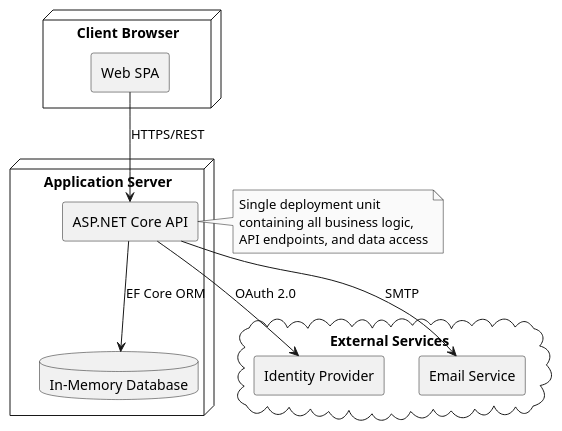
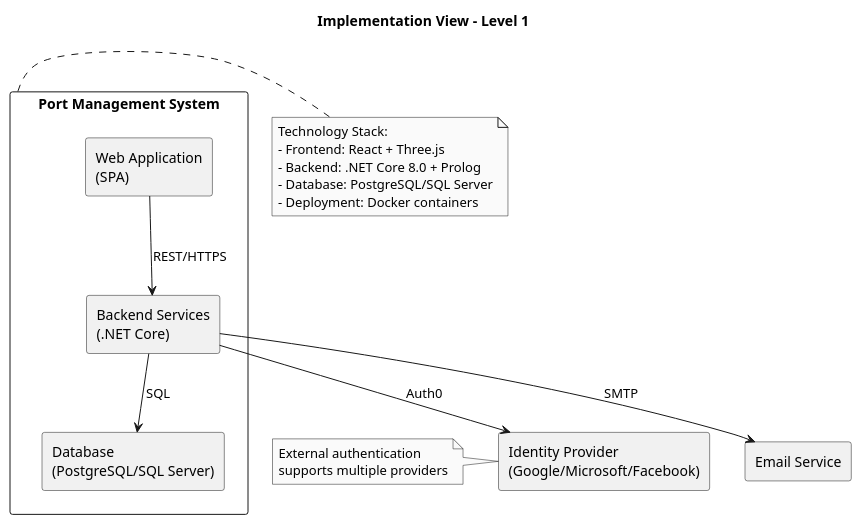
One commit to adampawelka/PortManagement changed the diagram in docs/implementation01.puml. Above: the diagram before and after it, drawn with PlantUML. The commit also changed 18 other files, not shown here.

Commit message:
Updated Level 1 and 2 Diagrams

```diff
--- a/docs/implementation01.puml
+++ b/docs/implementation01.puml
@@ -1,30 +1,37 @@
-@startuml
+@startuml implementation01
 skinparam componentStyle rectangle
 skinparam monochrome true
 
-node "Client Browser" {
-    [Web SPA] as SPA
+title Implementation View - Level 1
+
+
+rectangle "Port Management System" as PMS {
+  [Web Application\n(SPA)] as SPA
+  [Backend Services\n(.NET Core)] as Backend
+  [Database\n(PostgreSQL/SQL Server)] as DB
+
+  SPA -down-> Backend : REST/HTTPS
+  Backend -down-> DB : SQL
 }
 
-node "Application Server" {
-    [ASP.NET Core API] as API
-    database "In-Memory Database" as DB
-}
+rectangle "Identity Provider\n(Google/Microsoft/Facebook)" as IDP
+rectangle "Email Service" as Email
 
-cloud "External Services" {
-    [Identity Provider] as IDP
-    [Email Service] as Email
-}
 
-SPA --> API : HTTPS/REST
-API --> DB : EF Core ORM
-API --> IDP : OAuth 2.0
-API --> Email : SMTP
+Backend --> IDP : Auth0
+Backend --> Email : SMTP
 
-note right of API
-  Single deployment unit
-  containing all business logic,
-  API endpoints, and data access
+note right of PMS
+  Technology Stack:
+  - Frontend: React + Three.js
+  - Backend: .NET Core 8.0 + Prolog
+  - Database: PostgreSQL/SQL Server
+  - Deployment: Docker containers
+end note
+
+note left of IDP
+  External authentication
+  supports multiple providers
 end note
 
 @enduml
```
